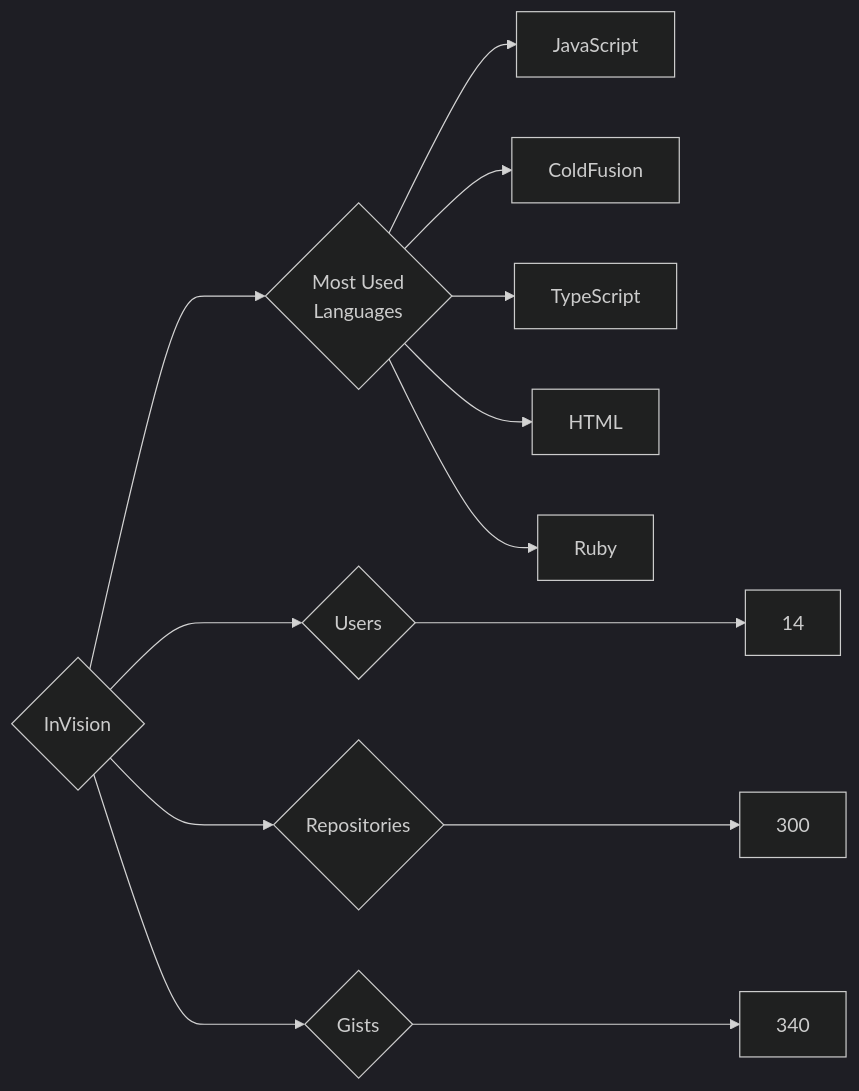
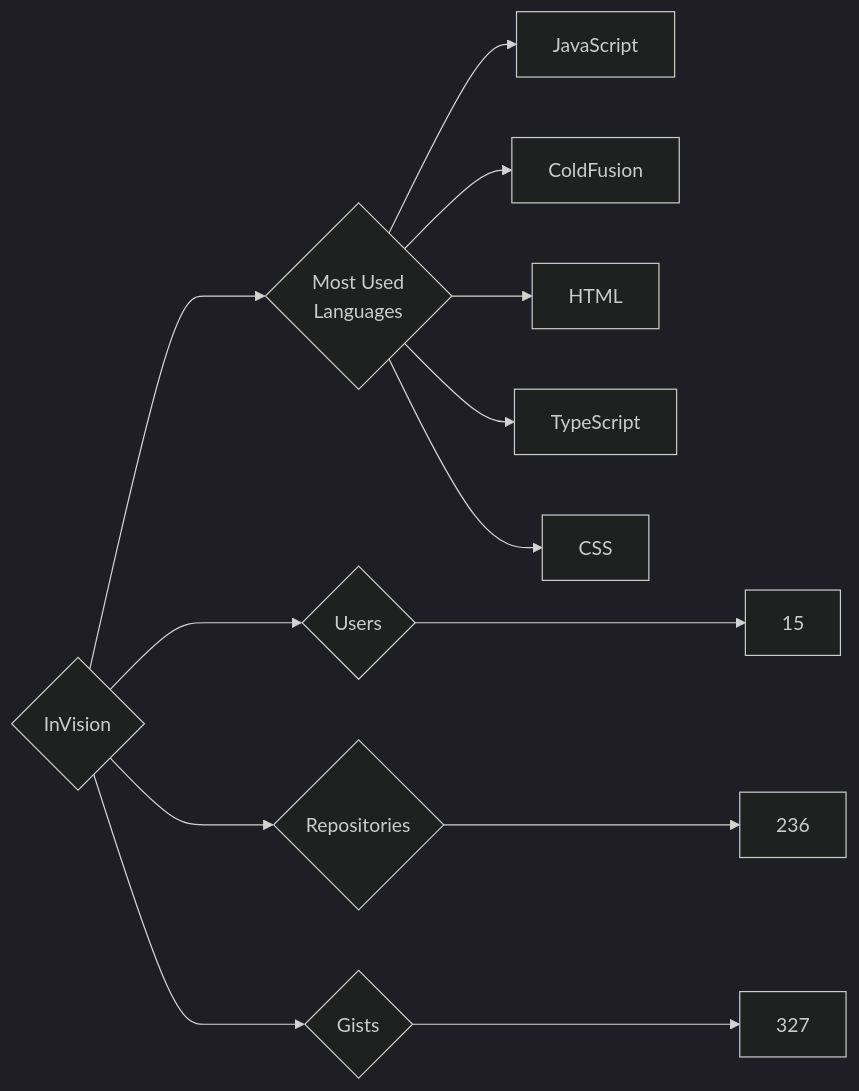
The diagram in targets/InVision/README.md (trickest/insiders), drawn with Mermaid (dark theme) before and after one commit. The commit also changed 721 other files, not shown here.

````diff
--- a/targets/InVision/README.md
+++ b/targets/InVision/README.md
@@ -3,13 +3,13 @@
 ```mermaid
 graph LR
 COMPANY_NAME{InVision}
-COMPANY_NAME ---> U{Users} ---> UN[14]
-COMPANY_NAME ---> R{Repositories} ---> RN[300]
-COMPANY_NAME ---> G{Gists} ---> GN[340]
+COMPANY_NAME ---> U{Users} ---> UN[15]
+COMPANY_NAME ---> R{Repositories} ---> RN[236]
+COMPANY_NAME ---> G{Gists} ---> GN[327]
 COMPANY_NAME ---> ML{Most Used<br>Languages}
 ML --> JavaScript[JavaScript]
 ML --> ColdFusion[ColdFusion]
+ML --> HTML[HTML]
 ML --> TypeScript[TypeScript]
-ML --> HTML[HTML]
-ML --> Ruby[Ruby]
+ML --> CSS[CSS]
 ```
````
